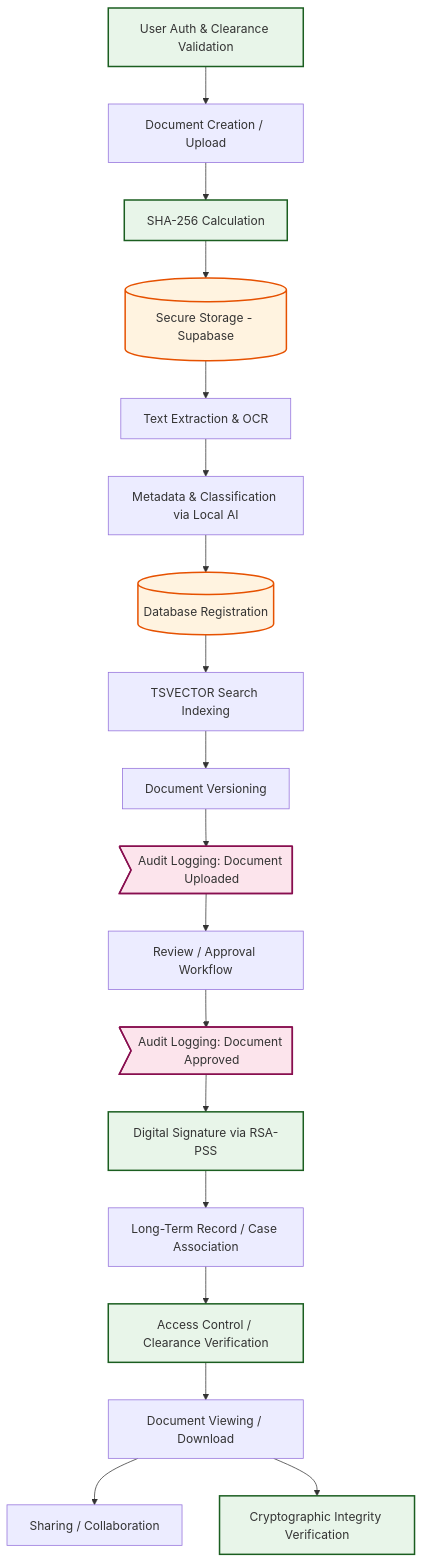
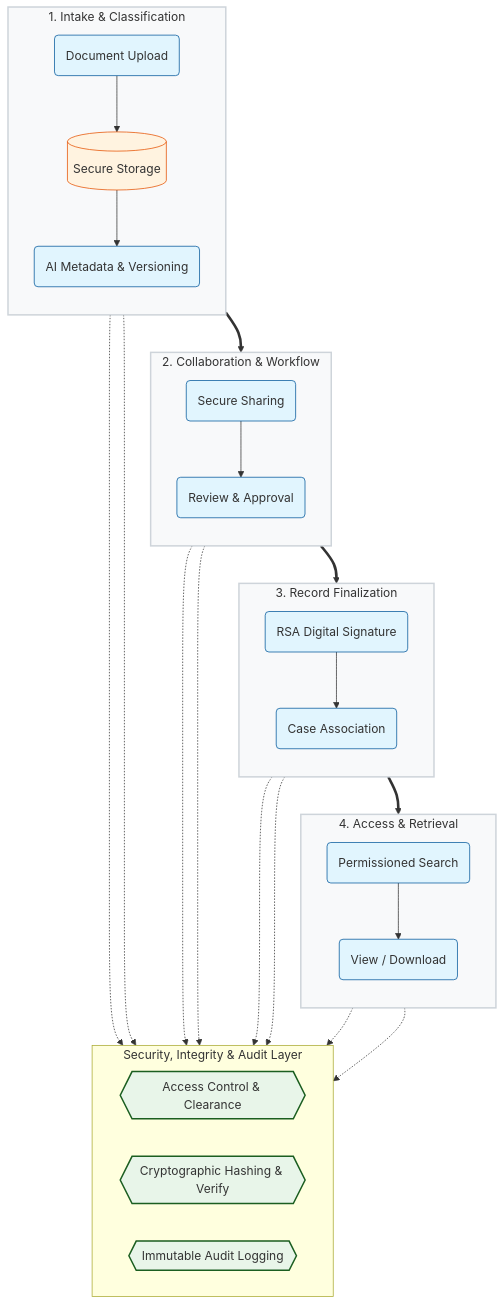
One commit to Prabhanshu2025B0384/SDMS changed the first of 3 diagrams in README.md. Above: the diagram before and after it, drawn with Mermaid. The commit also changed other lines of this file, not shown here.

Commit message:
diagrams changed

````diff
--- a/README.md
+++ b/README.md
@@ -433,42 +433,57 @@
 ```mermaid
 flowchart TD
-    %% 1. Ingestion
-    Auth[User Auth & Clearance Validation] --> Upload[Document Creation / Upload]
+    %% Continuous Security Mechanisms
+    subgraph Security [Security, Integrity & Audit Layer]
+        direction LR
+        RBAC{{Access Control & Clearance}}
+        Hash{{Cryptographic Hashing & Verify}}
+        Audit{{Immutable Audit Logging}}
+    end
+
+    %% Main Phases
+    subgraph Intake [1. Intake & Classification]
+        direction TB
+        Upload(Document Upload) --> Storage[(Secure Storage)]
+        Storage --> Meta(AI Metadata & Versioning)
+    end
+
+    subgraph Workflow [2. Collaboration & Workflow]
+        direction TB
+        Share(Secure Sharing) --> Review(Review & Approval)
+    end
+
+    subgraph Finalization [3. Record Finalization]
+        direction TB
+        Sign(RSA Digital Signature) --> Case(Case Association)
+    end
+
+    subgraph Retrieval [4. Access & Retrieval]
+        direction TB
+        Search(Permissioned Search) --> View(View / Download)
+    end
+
+    %% Connections between phases
+    Intake ==> Workflow
+    Workflow ==> Finalization
+    Finalization ==> Retrieval
+
+    %% Connections to security layer
+    Intake -.-> Hash
+    Intake -.-> Audit
+    Workflow -.-> RBAC
+    Workflow -.-> Audit
+    Finalization -.-> Audit
+    Finalization -.-> Hash
+    Retrieval -.-> RBAC
+    Retrieval -.-> Hash
+
+    classDef phase fill:#f8f9fa,stroke:#ced4da,stroke-width:2px;
+    classDef action fill:#e1f5fe,stroke:#01579b,stroke-width:1px;
+    classDef security fill:#e8f5e9,stroke:#1b5e20,stroke-width:2px;
+    classDef db fill:#fff3e0,stroke:#e65100,stroke-width:1px;
     
-    %% 2. Integrity & Storage
-    Upload --> Hash[SHA-256 Calculation]
-    Hash --> Store[(Secure Storage - Supabase)]
-    
-    %% 3. Processing
-    Store --> OCR[Text Extraction & OCR]
-    OCR --> AI[Metadata & Classification via Local AI]
-    AI --> DB[(Database Registration)]
-    
-    %% 4. Lifecycle & Audit
-    DB --> Index[TSVECTOR Search Indexing]
-    Index --> Version[Document Versioning]
-    Version --> Audit1>Audit Logging: Document Uploaded]
-    
-    %% 5. Workflow
-    Audit1 --> Review[Review / Approval Workflow]
-    Review --> Audit2>Audit Logging: Document Approved]
-    
-    %% 6. Finalization
-    Audit2 --> Sign[Digital Signature via RSA-PSS]
-    Sign --> Case[Long-Term Record / Case Association]
-    
-    %% 7. Retrieval & Access
-    Case --> Search[Access Control / Clearance Verification]
-    Search --> View[Document Viewing / Download]
-    View --> Share[Sharing / Collaboration]
-    View --> Verify[Cryptographic Integrity Verification]
-    
-    classDef process fill:#e1f5fe,stroke:#01579b,stroke-width:2px;
-    classDef storage fill:#fff3e0,stroke:#e65100,stroke-width:2px;
-    classDef audit fill:#fce4ec,stroke:#880e4f,stroke-width:2px;
-    classDef security fill:#e8f5e9,stroke:#1b5e20,stroke-width:2px;
-    
-    class Auth,Hash,Sign,Search,Verify security;
-    class Store,DB storage;
-    class Audit1,Audit2 audit;
+    class Intake,Workflow,Finalization,Retrieval phase;
+    class Upload,Meta,Share,Review,Sign,Case,Search,View action;
+    class RBAC,Hash,Audit security;
+    class Storage db;
 ```
````
